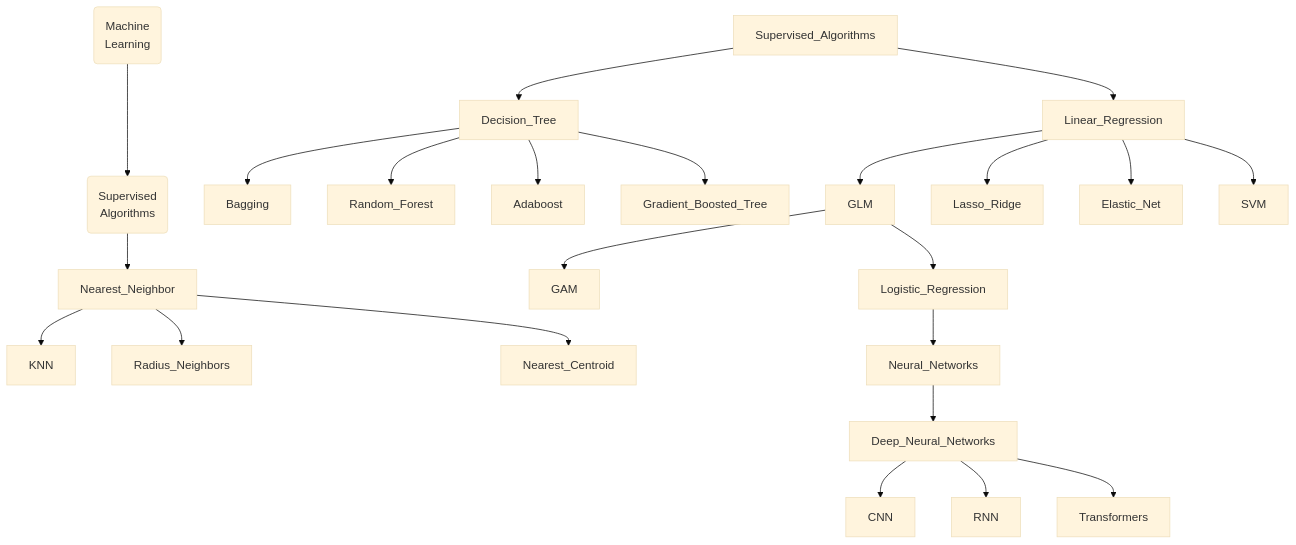
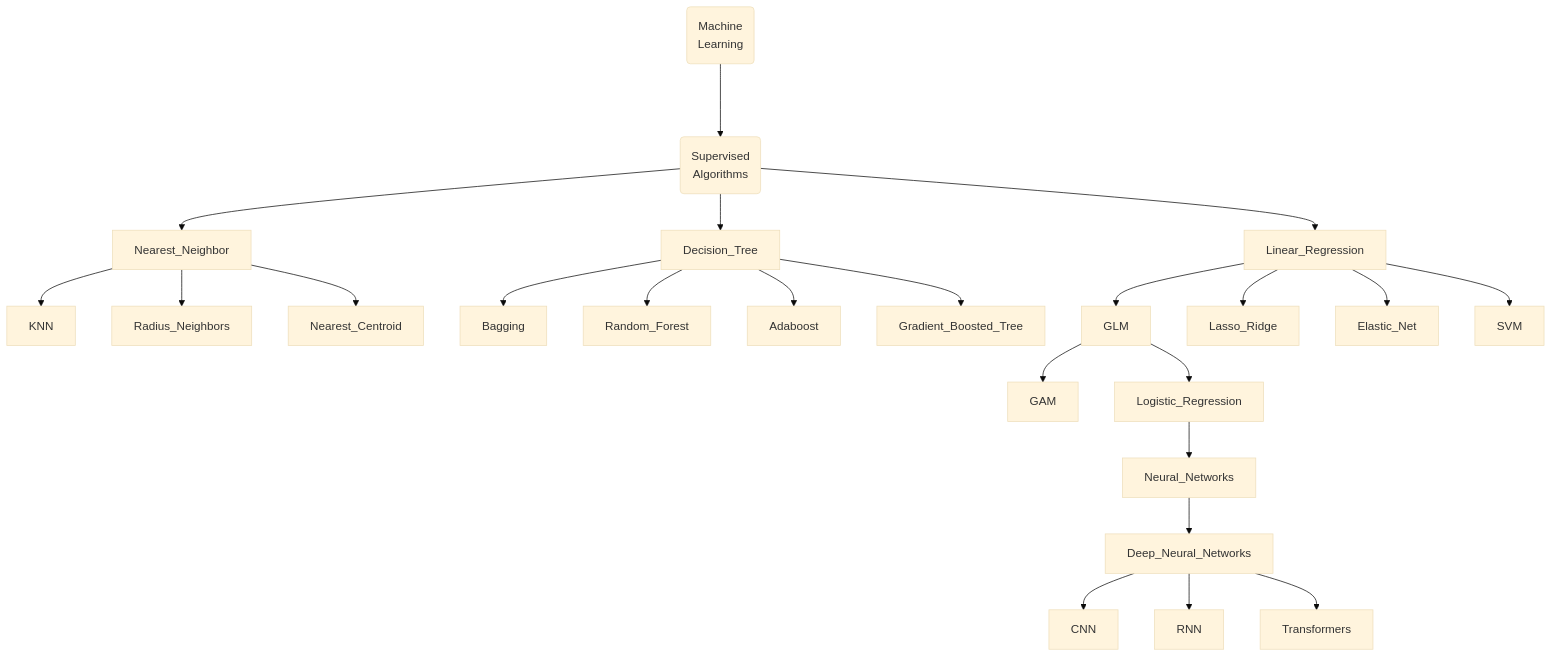
Before and after one commit to hwetsman/Public_Notes: the diagram in ML_Tree.md, drawn with Mermaid (base theme).

Commit message:
Refactor: fix supervised

`````diff
--- a/ML_Tree.md
+++ b/ML_Tree.md
@@ -1,29 +1,29 @@
 ````mermaid
 flowchart TB
   Machine_Learning(Machine<br>Learning)
   Supervised(Supervised<br>Algorithms)
     Supervised-->Nearest_Neighbor
  
       Machine_Learning--->Supervised
 
     Nearest_Neighbor --> KNN
     Nearest_Neighbor --> Radius_Neighbors
     Nearest_Neighbor --> Nearest_Centroid
-    Supervised_Algorithms --> Decision_Tree
+    Supervised --> Decision_Tree
     Decision_Tree --> Bagging
     Decision_Tree --> Random_Forest
     Decision_Tree --> Adaboost
     Decision_Tree --> Gradient_Boosted_Tree
-    Supervised_Algorithms --> Linear_Regression
+    Supervised --> Linear_Regression
     Linear_Regression --> GLM
     GLM --> GAM
     GLM --> Logistic_Regression
     Logistic_Regression --> Neural_Networks
     Neural_Networks --> Deep_Neural_Networks
     Deep_Neural_Networks --> CNN
     Deep_Neural_Networks --> RNN
     Deep_Neural_Networks --> Transformers
     Linear_Regression --> Lasso_Ridge
     Linear_Regression --> Elastic_Net
     Linear_Regression --> SVM
 ````
`````
